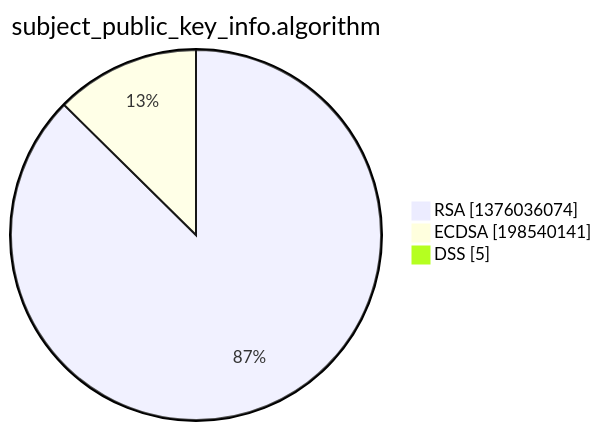
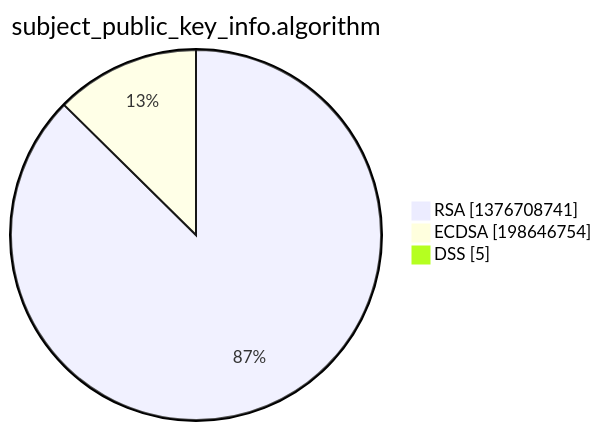
Before and after one commit to christiankrug/ctmonitor_visualization: the third of 15 diagrams in xenon2022/README.md, drawn with Mermaid. The commit also changed other lines of this file, not shown here.

````diff
--- a/xenon2022/README.md
+++ b/xenon2022/README.md
@@ -14,7 +14,7 @@
 ```mermaid
 pie showData
 title subject_public_key_info.algorithm
-"RSA" :1376036074
-"ECDSA" :198540141
+"RSA" :1376708741
+"ECDSA" :198646754
 "DSS" :5
 ```
````
